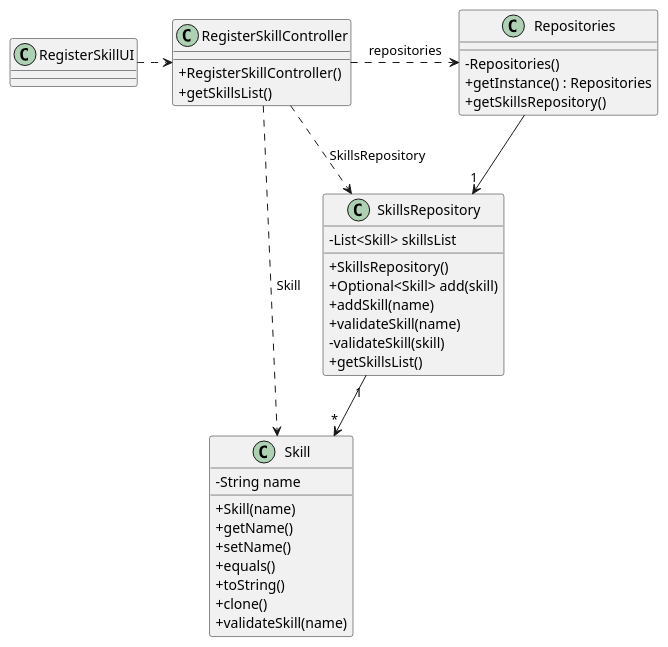
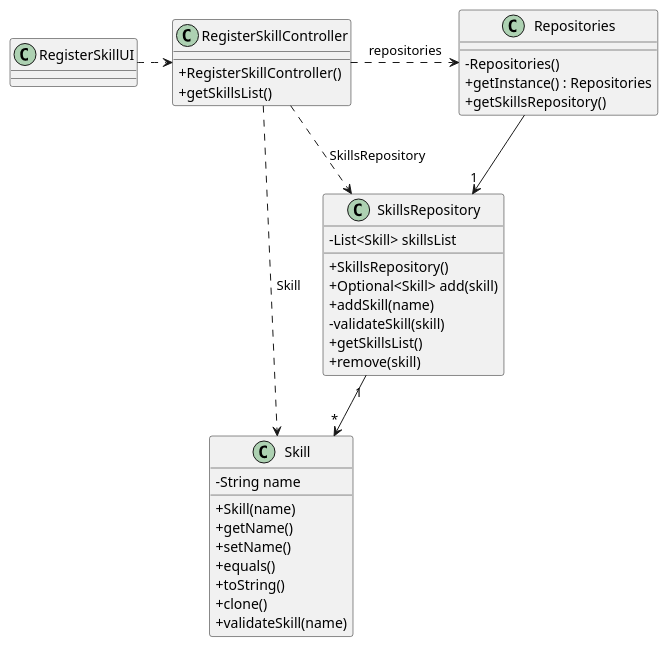
Before and after one commit to 1231360-ISEP/lei-24-s2-1db-g021: the diagram in docs/sprint2/us001/03.design/puml/us001-class-diagram.puml, drawn with PlantUML. The commit also changed 3 other files, not shown here.

Commit message:
Update US05 - Class Diagram and SVG

```diff
--- a/docs/sprint2/us001/03.design/puml/us001-class-diagram.puml
+++ b/docs/sprint2/us001/03.design/puml/us001-class-diagram.puml
@@ -1,70 +1,56 @@
 @startuml
 skinparam packageStyle rectangle
 skinparam shadowing false
 skinparam linetype polyline
 skinparam classAttributeIconSize 0
 
 
 class RegisterSkillUI {
 }
 
 class RegisterSkillController {
     + RegisterSkillController()
     + getSkillsList()
 }
 
-'class Skill {
-'    - String name
-'    + Skill(name)
-'    + validateSkill(name)
-'}
-
 class Skill {
     - String name
     + Skill(name)
     + getName()
     + setName()
     + equals()
     + toString()
     + clone()
     + validateSkill(name)
 }
 
-
-'class SkillsRepository {
-'    + getSkillsList()
-'    + addSkill(name)
-'    + validateSkill(name)
-'}
-
-
 class SkillsRepository {
     - List<Skill> skillsList
     + SkillsRepository()
     + Optional<Skill> add(skill)
     + addSkill(name)
-    + validateSkill(name)
     - validateSkill(skill)
     + getSkillsList()
+    + remove(skill)
 }
 
 class Repositories {
     - Repositories()
     + getInstance() : Repositories
     + getSkillsRepository()
 }
 
 
 RegisterSkillUI .> RegisterSkillController
 
 RegisterSkillController .> Repositories : repositories
 
 Repositories --> "1" SkillsRepository
 
 RegisterSkillController ..> Skill : Skill
 RegisterSkillController ..> SkillsRepository : SkillsRepository
 
 SkillsRepository "1" --> "*" Skill
 
 
 @enduml
```
